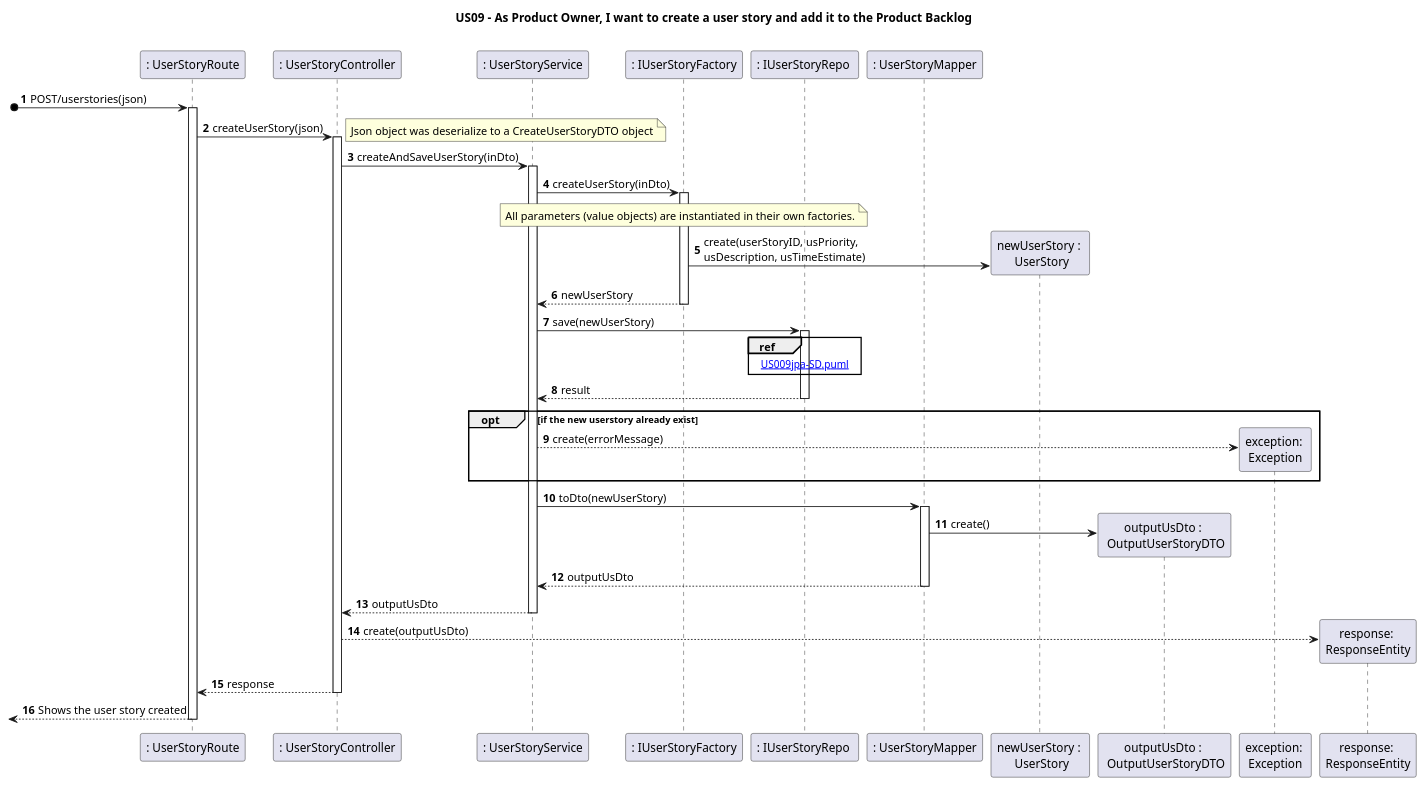
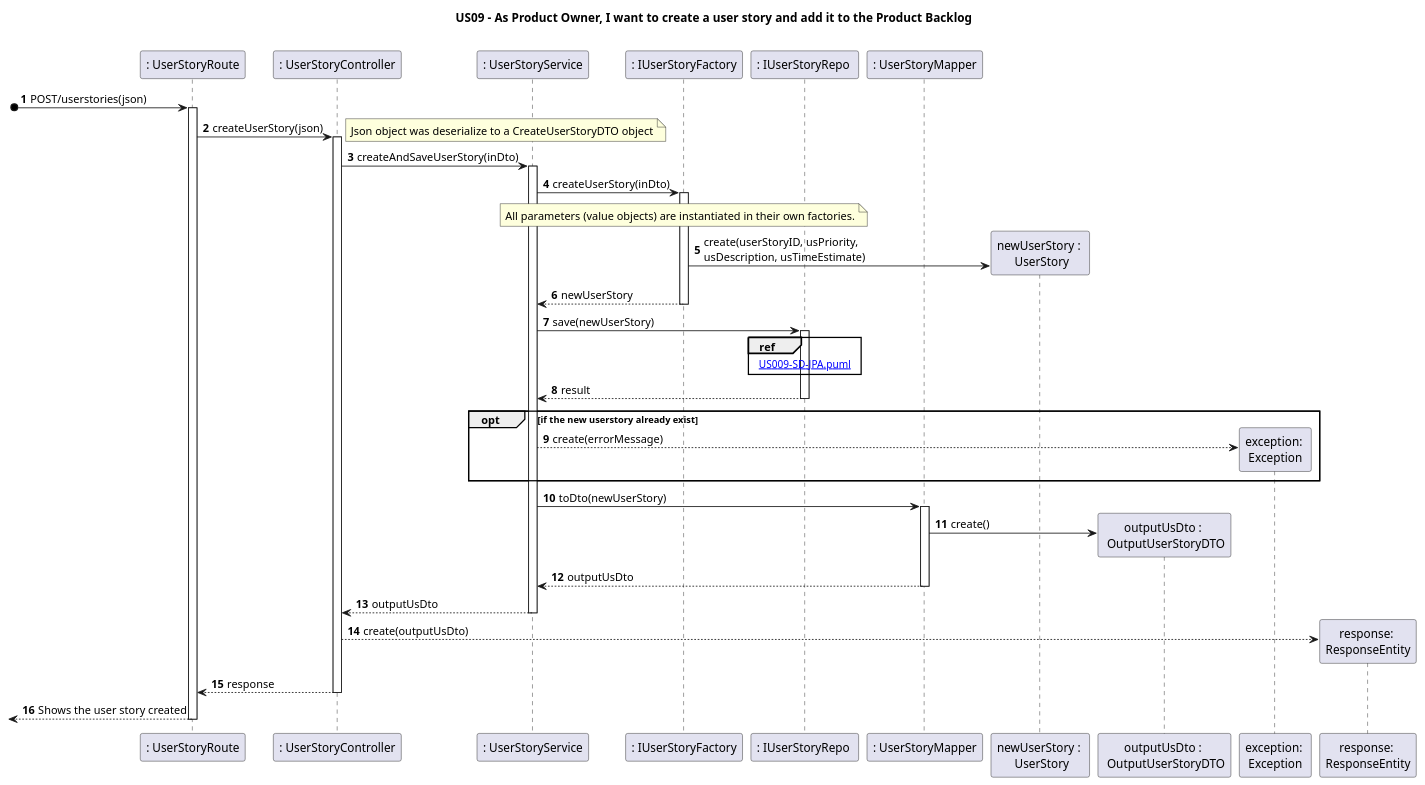
One commit to nunogon1211787/projectManagement changed the diagram in docs/Sprint1/US009/US009-SD.puml. Above: the diagram before and after it, drawn with PlantUML. The commit also changed 17 other files, not shown here.

```diff
--- a/docs/Sprint1/US009/US009-SD.puml
+++ b/docs/Sprint1/US009/US009-SD.puml
@@ -1,50 +1,50 @@
 @startuml
 'https://plantuml.com/sequence-diagram
 
 title US09 - As Product Owner, I want to create a user story and add it to the Product Backlog
 
 autoactivate on
 autonumber
 
 
 participant ": UserStoryRoute" as System
 participant ": UserStoryController" as Ctrl
 participant ": UserStoryService" as appService
 participant ": IUserStoryFactory" as factory
 participant ": IUserStoryRepo " as usStore
 participant ": UserStoryMapper" as usMapper
 participant "newUserStory : \n UserStory" as us
 participant "outputUsDto : \n OutputUserStoryDTO" as outDto
 participant "exception: \nException" as exc
 participant "response: \nResponseEntity" as json
 
 
 
 [o-> System: POST/userstories(json)
 System -> Ctrl: createUserStory(json)
 note right
 Json object was deserialize to a CreateUserStoryDTO object
 end note
 Ctrl -> appService: createAndSaveUserStory(inDto)
 appService -> factory:  createUserStory(inDto)
 
 note over factory : All parameters (value objects) are instantiated in their own factories.
 
 factory -> us **: create(userStoryID, usPriority, \nusDescription, usTimeEstimate)
-factory --> appService: newUserStory
+return newUserStory
 
 appService-> usStore: save(newUserStory)
-ref over usStore: [[US009jpa-SD.puml]]
-usStore --> appService : result
+ref over usStore: [[US009-SD-JPA.puml]]
+return result
 opt if the new userstory already exist
 appService --> exc** : create(errorMessage)
 end
 appService-> usMapper : toDto(newUserStory)
 usMapper-> outDto **:create()
 usMapper --> appService: outputUsDto
 appService --> Ctrl: outputUsDto
 Ctrl --> json**: create(outputUsDto)
 Ctrl --> System: response
 [<--System : Shows the user story created
 
 @enduml
```
